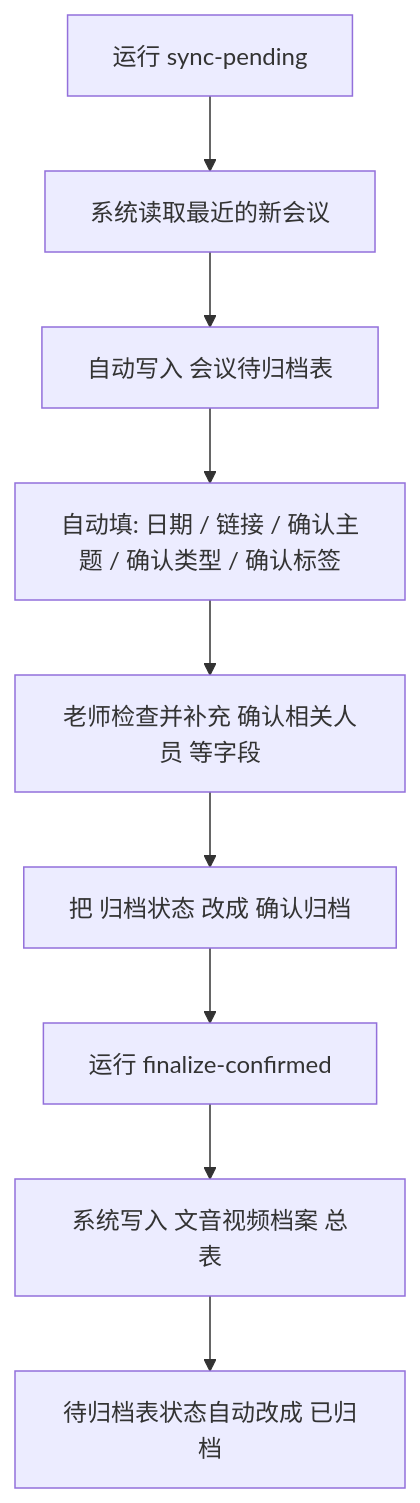
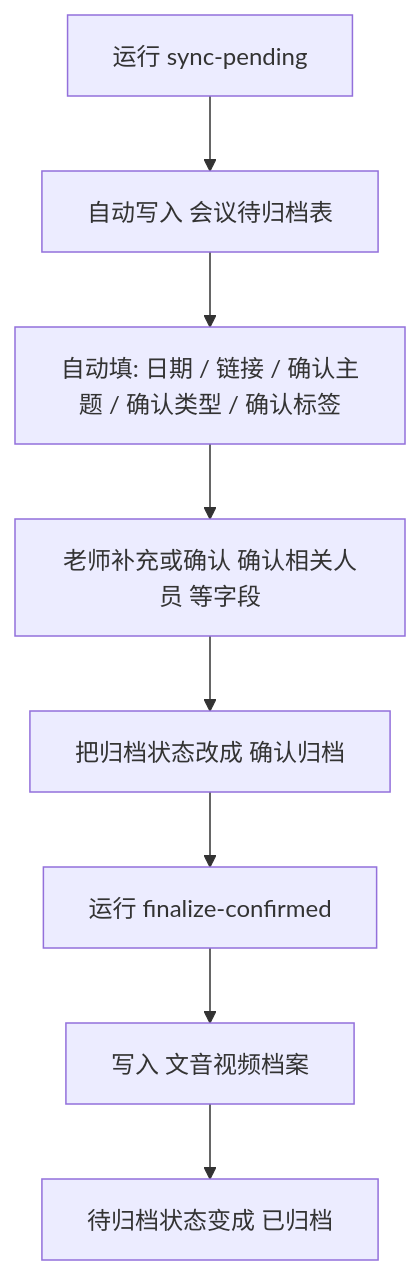
The diagram in README.md (Evan-777/wps-meeting-archive), drawn with Mermaid before and after one commit. The commit also changed other lines of this file, not shown here.

````diff
--- a/README.md
+++ b/README.md
@@ -83,11 +63,10 @@
 ```mermaid
 flowchart TD
-    A["运行 sync-pending"] --> B["系统读取最近的新会议"]
-    B --> C["自动写入 会议待归档表"]
-    C --> D["自动填: 日期 / 链接 / 确认主题 / 确认类型 / 确认标签"]
-    D --> E["老师检查并补充 确认相关人员 等字段"]
-    E --> F["把 归档状态 改成 确认归档"]
-    F --> G["运行 finalize-confirmed"]
-    G --> H["系统写入 文音视频档案 总表"]
-    H --> I["待归档表状态自动改成 已归档"]
+    A["运行 sync-pending"] --> B["自动写入 会议待归档表"]
+    B --> C["自动填: 日期 / 链接 / 确认主题 / 确认类型 / 确认标签"]
+    C --> D["老师补充或确认 确认相关人员 等字段"]
+    D --> E["把归档状态改成 确认归档"]
+    E --> F["运行 finalize-confirmed"]
+    F --> G["写入 文音视频档案"]
+    G --> H["待归档状态变成 已归档"]
 ```
````
